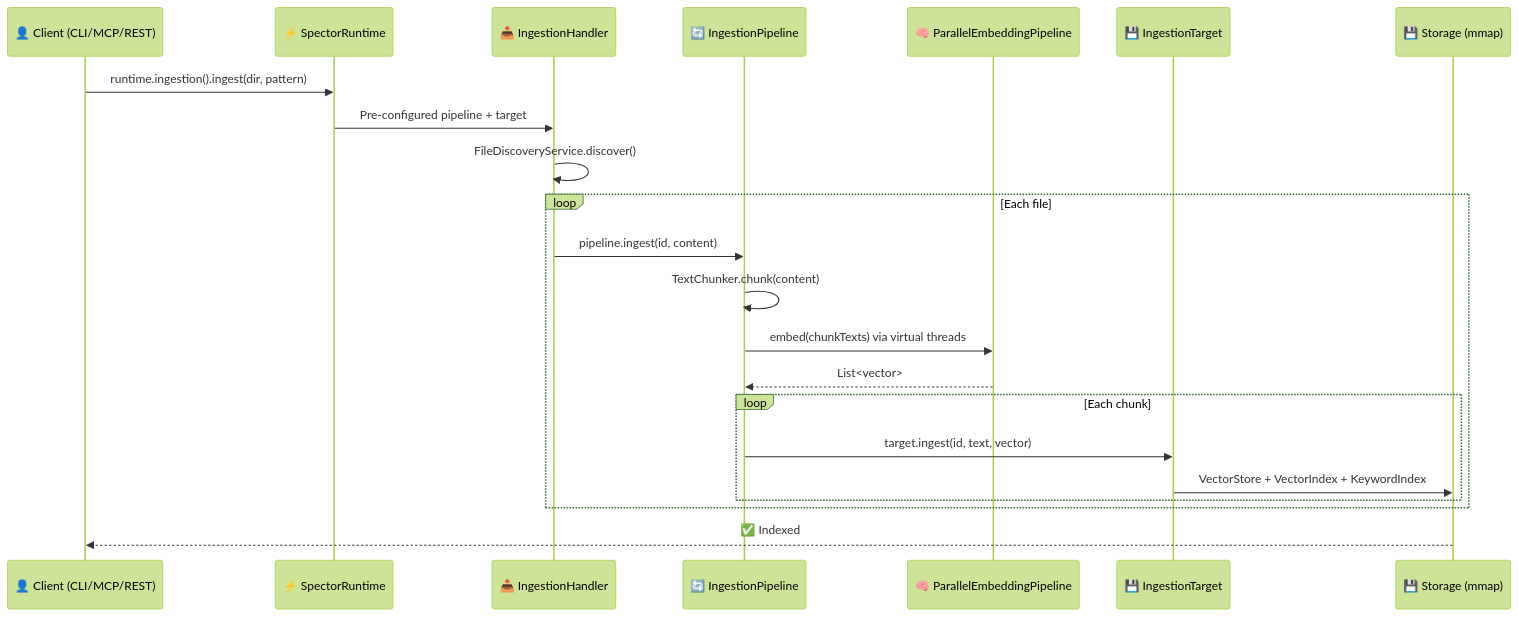
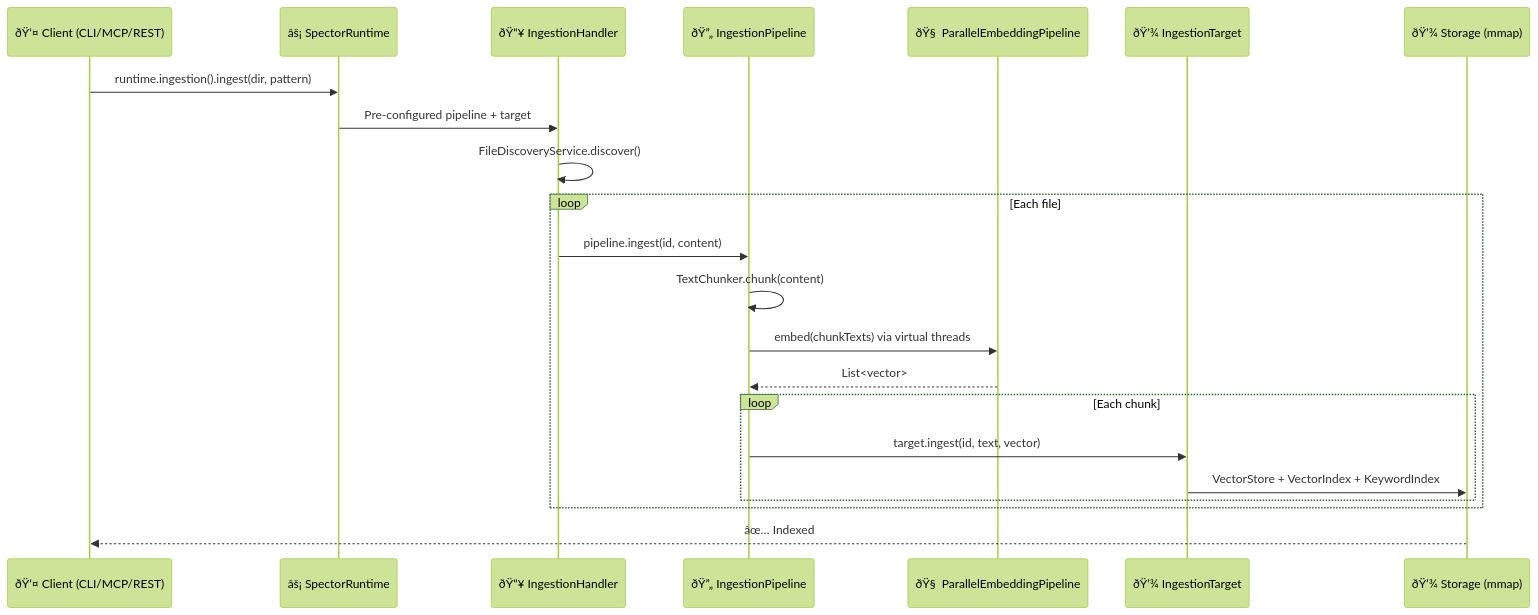
One commit to spectrayan/spector-search changed the third of 7 diagrams in docs/docs/architecture/overview.md. Above: the diagram before and after it, drawn with Mermaid (forest theme). The commit also changed other lines of this file and 23 other files, not shown here.

````diff
--- a/docs/docs/architecture/overview.md
+++ b/docs/docs/architecture/overview.md
@@ -153,25 +153,25 @@
 ```mermaid
 sequenceDiagram
-    participant Client as 👤 Client (CLI/MCP/REST)
-    participant Runtime as ⚡ SpectorRuntime
-    participant Handler as 📥 IngestionHandler
-    participant Pipeline as 🔄 IngestionPipeline
-    participant Embed as 🧠 ParallelEmbeddingPipeline
-    participant Target as 💾 IngestionTarget
-    participant Store as 💾 Storage (mmap)
+    participant Client as ðŸ‘¤ Client (CLI/MCP/REST)
+    participant Runtime as âš¡ SpectorRuntime
+    participant Handler as ðŸ“¥ IngestionHandler
+    participant Pipeline as ðŸ”„ IngestionPipeline
+    participant Embed as ðŸ§  ParallelEmbeddingPipeline
+    participant Target as ðŸ’¾ IngestionTarget
+    participant Store as ðŸ’¾ Storage (mmap)
 
     Client->>Runtime: runtime.ingestion().ingest(dir, pattern)
     Runtime->>Handler: Pre-configured pipeline + target
     Handler->>Handler: FileDiscoveryService.discover()
     loop Each file
         Handler->>Pipeline: pipeline.ingest(id, content)
         Pipeline->>Pipeline: TextChunker.chunk(content)
         Pipeline->>Embed: embed(chunkTexts) via virtual threads
         Embed-->>Pipeline: List<vector>
         loop Each chunk
             Pipeline->>Target: target.ingest(id, text, vector)
             Target->>Store: VectorStore + VectorIndex + KeywordIndex
         end
     end
-    Store-->>Client: ✅ Indexed
+    Store-->>Client: âœ… Indexed
 ```
````
